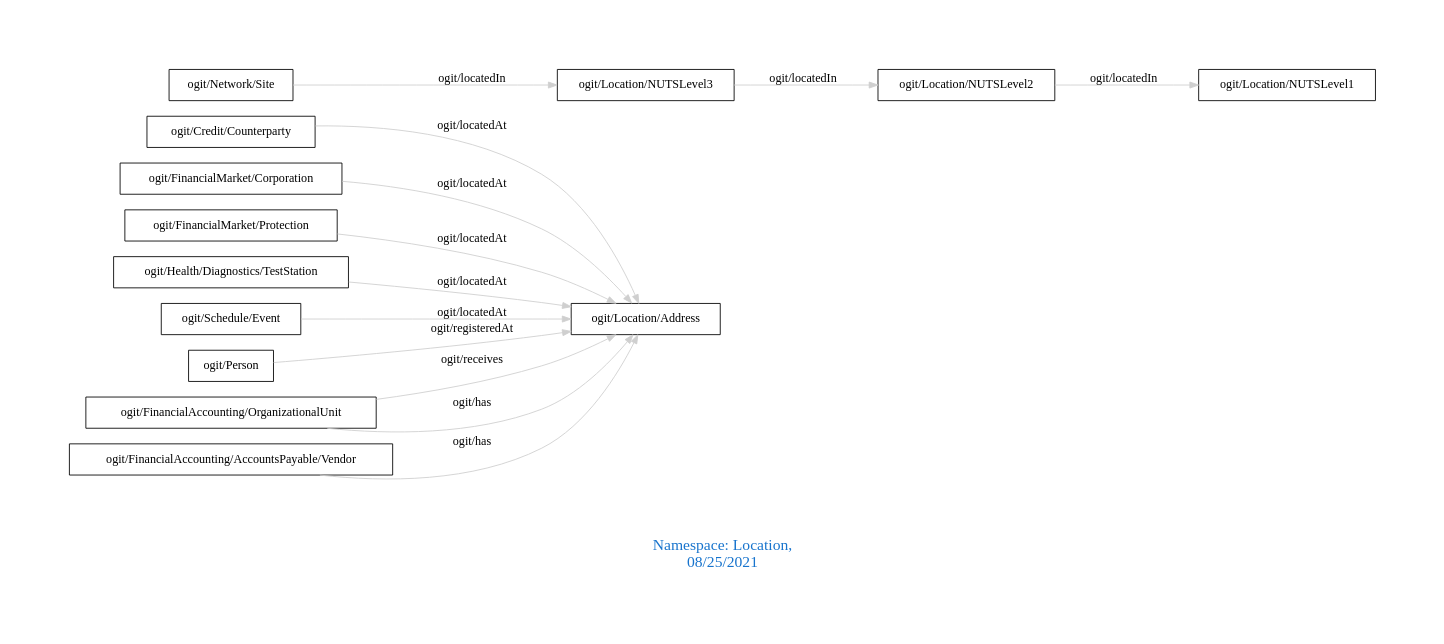
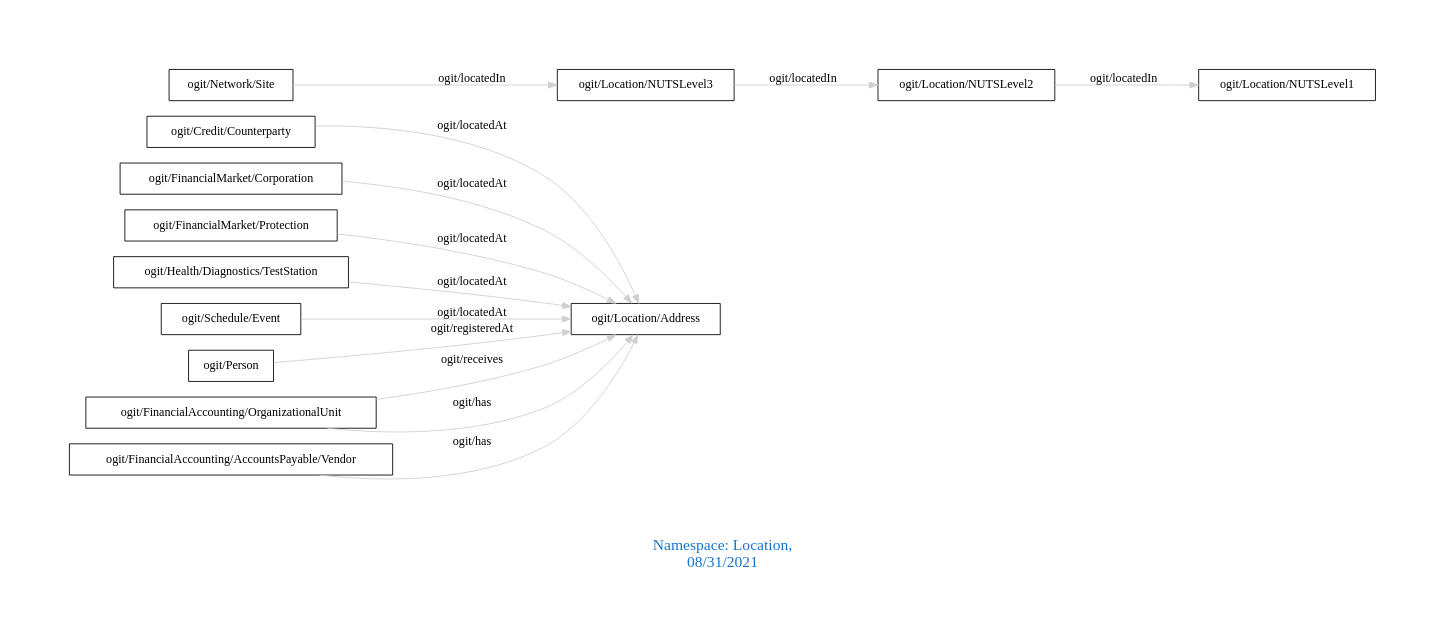
One commit to arago/OGIT changed the diagram in downloads/Location.dot. Above: the diagram before and after it, drawn with Graphviz. The commit also changed 1906 other files, not shown here.

```diff
--- a/downloads/Location.dot
+++ b/downloads/Location.dot
@@ -1,20 +1,20 @@
 digraph OGIT_ontology {
  graph [ rankdir= LR,pad=1 
 fontsize = 18,
-fontcolor= dodgerblue3,label = "\n\n\nNamespace: Location, \n 08/25/2021"];
+fontcolor= dodgerblue3,label = "\n\n\nNamespace: Location, \n 08/31/2021"];
 node[shape=polygon];
 edge [  color="gray81"];
 
    "ogit/Credit/Counterparty" -> "ogit/Location/Address" [label="   ogit/locatedAt    "];
    "ogit/FinancialMarket/Corporation" -> "ogit/Location/Address" [label="   ogit/locatedAt    "];
    "ogit/FinancialMarket/Protection" -> "ogit/Location/Address" [label="   ogit/locatedAt    "];
    "ogit/Health/Diagnostics/TestStation" -> "ogit/Location/Address" [label="   ogit/locatedAt    "];
    "ogit/Schedule/Event" -> "ogit/Location/Address" [label="   ogit/locatedAt    "];
    "ogit/Location/NUTSLevel2" -> "ogit/Location/NUTSLevel1" [label="   ogit/locatedIn    "];
    "ogit/Location/NUTSLevel3" -> "ogit/Location/NUTSLevel2" [label="   ogit/locatedIn    "];
    "ogit/Network/Site" -> "ogit/Location/NUTSLevel3" [label="   ogit/locatedIn    "];
    "ogit/Person" -> "ogit/Location/Address" [label="   ogit/registeredAt    "];
    "ogit/FinancialAccounting/OrganizationalUnit" -> "ogit/Location/Address" [label="   ogit/receives    "];
    "ogit/FinancialAccounting/AccountsPayable/Vendor" -> "ogit/Location/Address" [label="   ogit/has    "];
    "ogit/FinancialAccounting/OrganizationalUnit" -> "ogit/Location/Address" [label="   ogit/has    "];
 }
```
